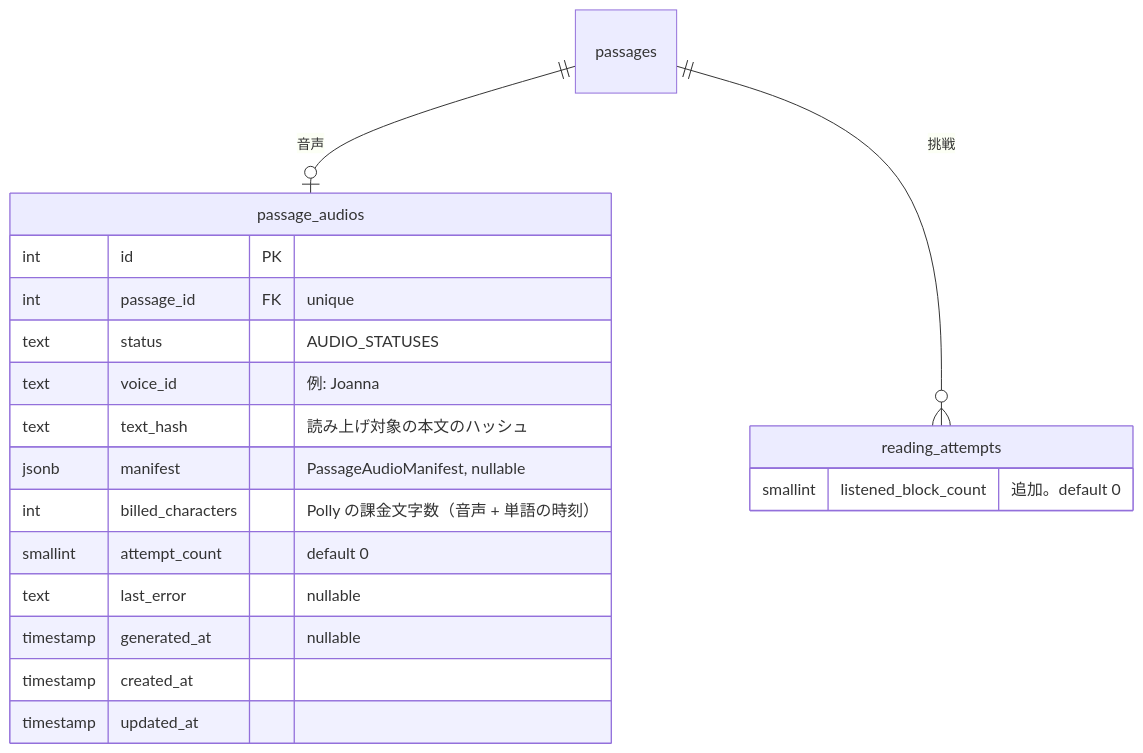
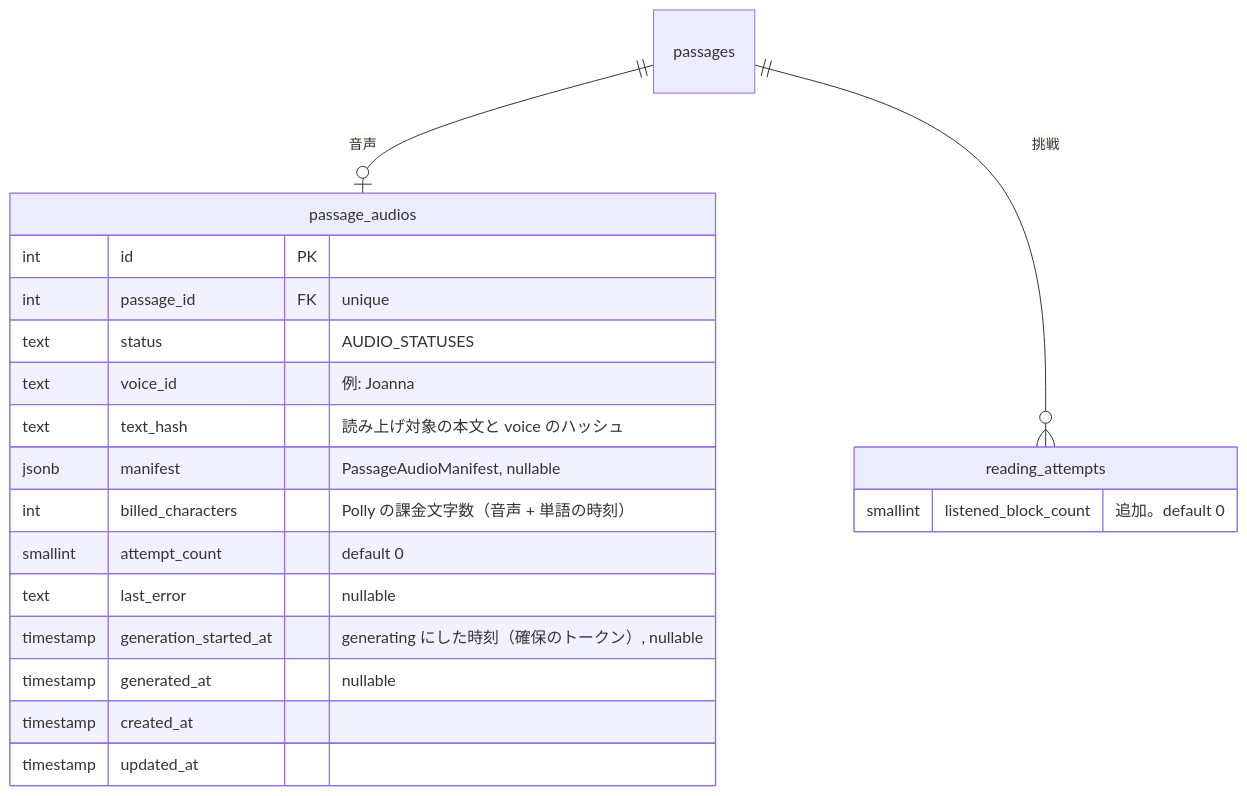
Before and after one commit to kentakki416/tech-english: the second of 3 diagrams in docs/spec/read-aloud/README.md, drawn with Mermaid. The commit also changed other lines of this file and 6 other files, not shown here.

````diff
--- a/docs/spec/read-aloud/README.md
+++ b/docs/spec/read-aloud/README.md
@@ -261,23 +271,24 @@
 ```mermaid
 erDiagram
     passages ||--o| passage_audios : "音声"
     passages ||--o{ reading_attempts : "挑戦"
 
     passage_audios {
         int id PK
         int passage_id FK "unique"
         text status "AUDIO_STATUSES"
         text voice_id "例: Joanna"
-        text text_hash "読み上げ対象の本文のハッシュ"
+        text text_hash "読み上げ対象の本文と voice のハッシュ"
         jsonb manifest "PassageAudioManifest, nullable"
         int billed_characters "Polly の課金文字数（音声 + 単語の時刻）"
         smallint attempt_count "default 0"
         text last_error "nullable"
+        timestamp generation_started_at "generating にした時刻（確保のトークン）, nullable"
         timestamp generated_at "nullable"
         timestamp created_at
         timestamp updated_at
     }
     reading_attempts {
         smallint listened_block_count "追加。default 0"
     }
 ```
````
